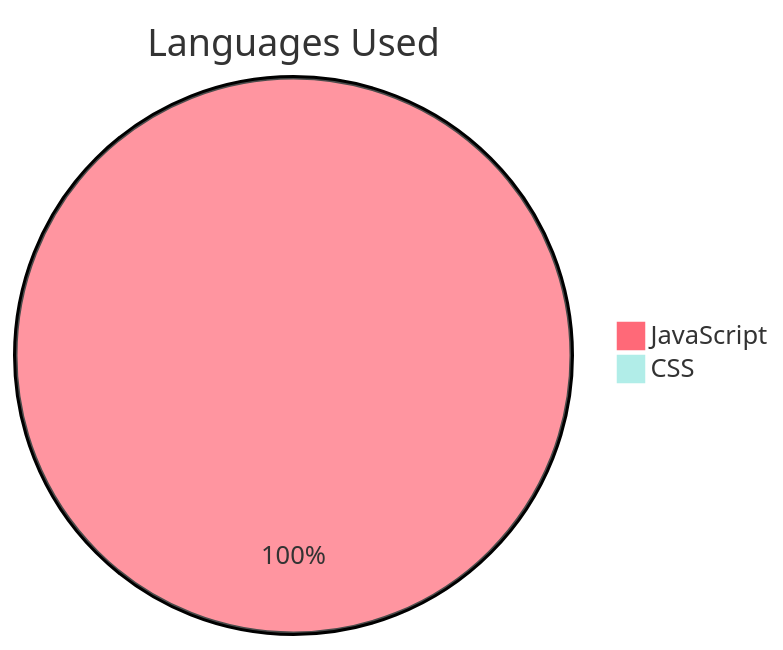
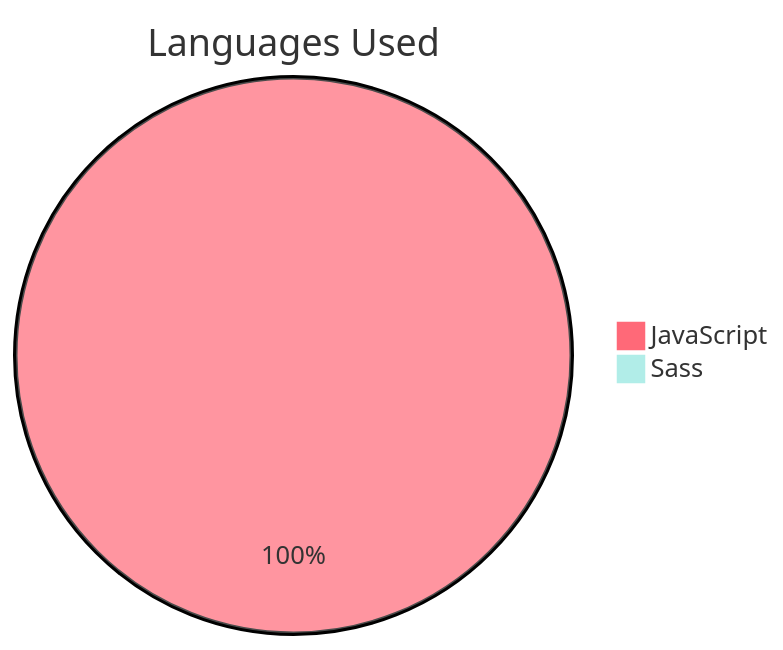
The diagram in readme.md (adniyaYousaf/Adniya-TV-Show-Project), drawn with Mermaid before and after one commit. The commit also changed other lines of this file, not shown here.

````diff
--- a/readme.md
+++ b/readme.md
@@ -26,9 +26,9 @@
 ```mermaid
 %%{init: {'theme': 'base', 'themeVariables': { 'pie1': '#ff6978', 'pie2': '#b1ede8'}}}%%
 
 pie
     title Languages Used
     "JavaScript" : 99.5
-    "CSS" : 0.5
+    "Sass" : 0.5
     
 ```
````
